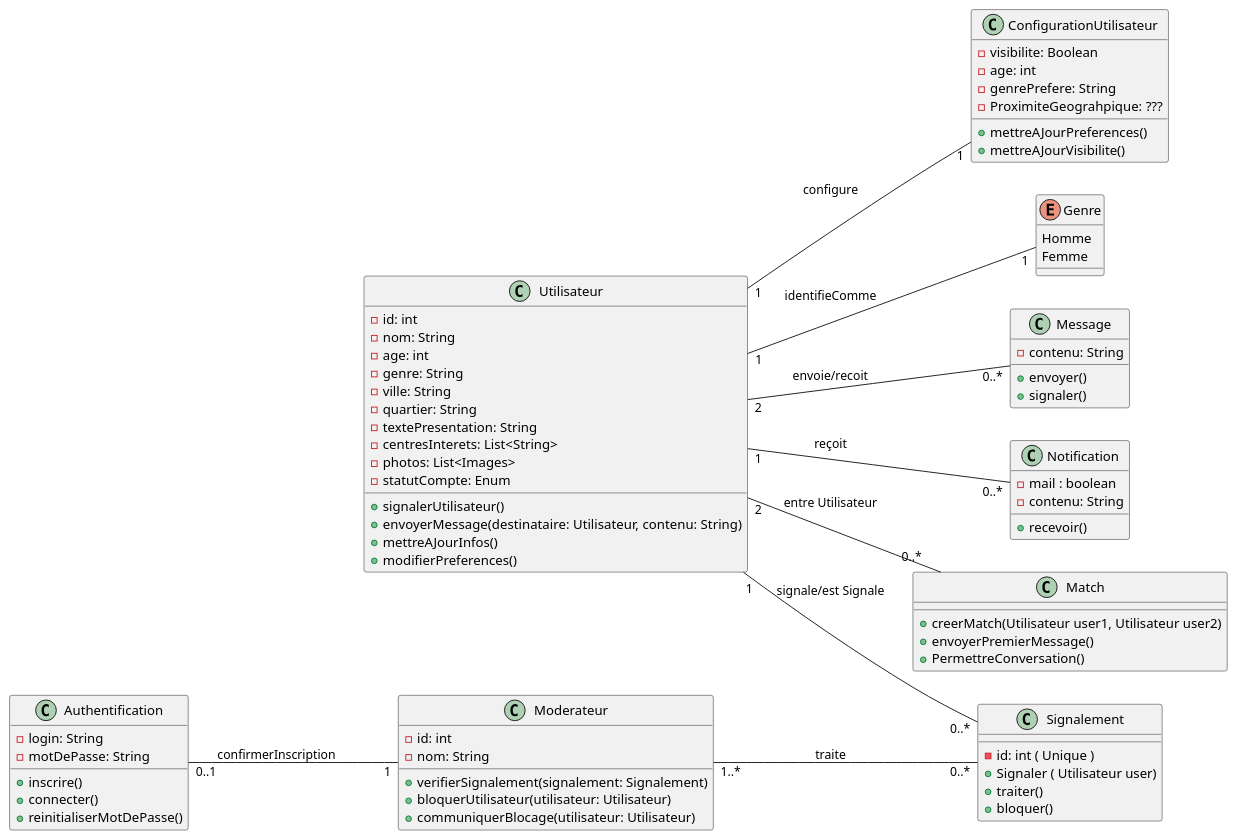
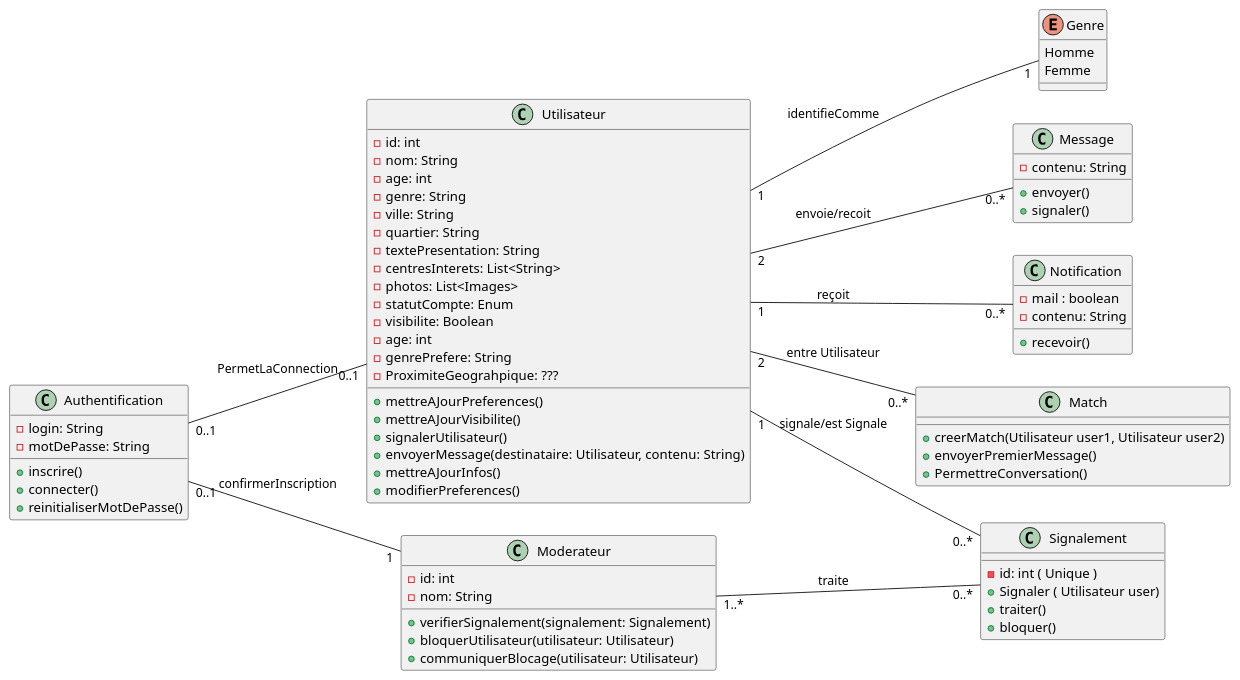
One commit to MinaroliCorentin/PSO changed the diagram in src/Projet_Tinder_UML.puml. Above: the diagram before and after it, drawn with PlantUML. The commit also changed 1 other file, not shown here.

Commit message:
Mise a jour UML + Création PNG

```diff
--- a/src/Projet_Tinder_UML.puml
+++ b/src/Projet_Tinder_UML.puml
@@ -1,95 +1,93 @@
 @startuml
 left to right direction
 
 enum Genre {
 
     Homme
     Femme
 
 }
 
 '--- Classes ---'
 class Utilisateur {
     - id: int
     - nom: String
     - age: int
     - genre: String
     - ville: String
     - quartier: String
     - textePresentation: String
     - centresInterets: List<String>
     - photos: List<Images>
     - statutCompte: Enum
+    - visibilite: Boolean
+    - age: int
+    - genrePrefere: String
+    - ProximiteGeograhpique: ???
+    + mettreAJourPreferences()
+    + mettreAJourVisibilite()
     + signalerUtilisateur()
     + envoyerMessage(destinataire: Utilisateur, contenu: String)
     + mettreAJourInfos()
     + modifierPreferences()
 }
 
 class Message {
 
     - contenu: String
     + envoyer()
     + signaler()
 }
 
 class Notification {
 
     - mail : boolean
     - contenu: String
     + recevoir()
 
 }
 
 class Match {
 
     + creerMatch(Utilisateur user1, Utilisateur user2)
     + envoyerPremierMessage()
     + PermettreConversation()
 }
 
 class Signalement {
 
     - id: int ( Unique )
     + Signaler ( Utilisateur user)
     + traiter()
     + bloquer()
 }
 
 class Moderateur {
     - id: int
     - nom: String
     + verifierSignalement(signalement: Signalement)
     + bloquerUtilisateur(utilisateur: Utilisateur)
     + communiquerBlocage(utilisateur: Utilisateur)
 }
 
-class ConfigurationUtilisateur {
-    - visibilite: Boolean
-    - age: int
-    - genrePrefere: String
-    - ProximiteGeograhpique: ???
-    + mettreAJourPreferences()
-    + mettreAJourVisibilite()
-}
 
 class Authentification {
     - login: String
     - motDePasse: String
     + inscrire()
     + connecter()
     + reinitialiserMotDePasse()
 }
 
 
 '--- Relations ---'
 Utilisateur "2" -- "0..*" Message : envoie/recoit
 Utilisateur "2" -- "0..*" Match : entre Utilisateur
 Utilisateur "1" -- "0..*" Signalement : signale/est Signale
 Moderateur "1..*" -- "0..*" Signalement : traite
-Utilisateur "1" -- "1" ConfigurationUtilisateur : configure
 Utilisateur "1" -- "0..*" Notification : reçoit
 Utilisateur "1" -- "1" Genre : identifieComme
 Authentification "0..1" -- "1" Moderateur : confirmerInscription
+Authentification "0..1" -- "0..1" Utilisateur : PermetLaConnection
 
 @enduml
```
